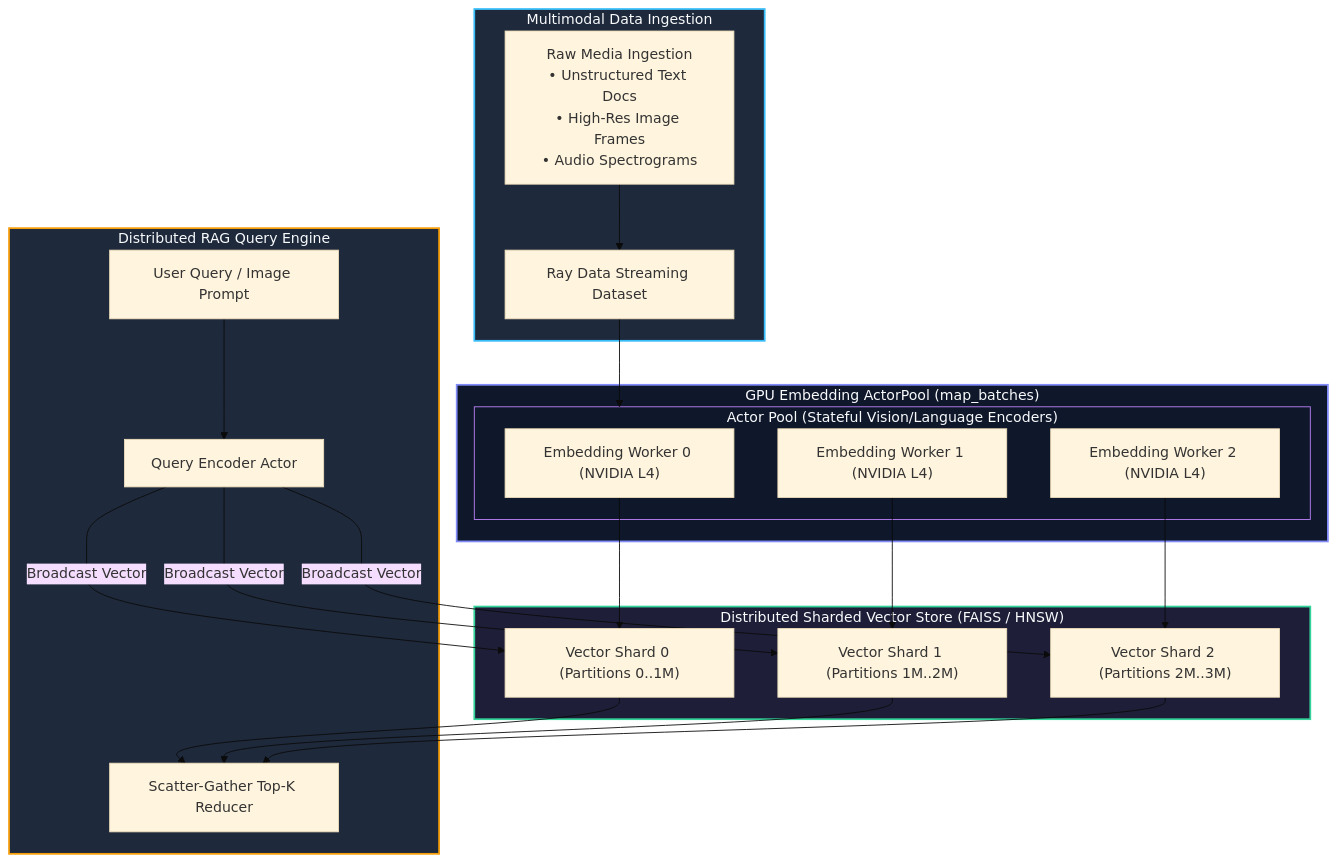
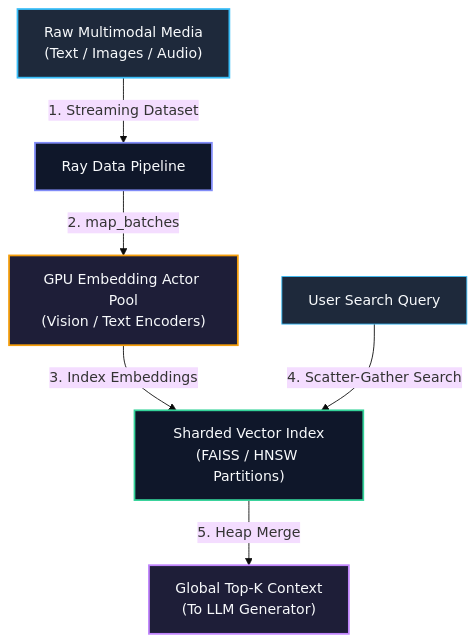
One commit to dnf0/raylings changed the diagram in docs/guides/17-multimodal-vectors.md. Above: the diagram before and after it, drawn with Mermaid (base theme). The commit also changed other lines of this file and 22 other files, not shown here.

Commit message:
docs: streamline mermaid diagrams and attach conceptual walkthroughs (#26)

````diff
--- a/docs/guides/17-multimodal-vectors.md
+++ b/docs/guides/17-multimodal-vectors.md
@@ -17,38 +17,15 @@
 ```mermaid
 flowchart TD
-    subgraph DataIngestion["Multimodal Data Ingestion"]
-        RawCorpus["Raw Media Ingestion<br/>• Unstructured Text Docs<br/>• High-Res Image Frames<br/>• Audio Spectrograms"] --> StreamingDS["Ray Data Streaming Dataset"]
-    end
+    Raw["Raw Multimodal Media<br/>(Text / Images / Audio)"] -->|"1. Streaming Dataset"| DS["Ray Data Pipeline"]
+    DS -->|"2. map_batches"| Pool["GPU Embedding Actor Pool<br/>(Vision / Text Encoders)"]
+    Pool -->|"3. Index Embeddings"| Shards["Sharded Vector Index<br/>(FAISS / HNSW Partitions)"]
+    Query["User Search Query"] -->|"4. Scatter-Gather Search"| Shards
+    Shards -->|"5. Heap Merge"| TopK["Global Top-K Context<br/>(To LLM Generator)"]
 
-    subgraph EmbeddingCluster["GPU Embedding ActorPool (map_batches)"]
-        subgraph WorkerPool["Actor Pool (Stateful Vision/Language Encoders)"]
-            A0["Embedding Worker 0 (NVIDIA L4)"]
-            A1["Embedding Worker 1 (NVIDIA L4)"]
-            A2["Embedding Worker 2 (NVIDIA L4)"]
-        end
-        StreamingDS --> WorkerPool
-    end
-
-    subgraph VectorIndex["Distributed Sharded Vector Store (FAISS / HNSW)"]
-        A0 --> Shard0["Vector Shard 0 (Partitions 0..1M)"]
-        A1 --> Shard1["Vector Shard 1 (Partitions 1M..2M)"]
-        A2 --> Shard2["Vector Shard 2 (Partitions 2M..3M)"]
-    end
-
-    subgraph QueryEngine["Distributed RAG Query Engine"]
-        UserQuery["User Query / Image Prompt"] --> QueryEncoder["Query Encoder Actor"]
-        QueryEncoder -->|"Broadcast Vector"| Shard0
-        QueryEncoder -->|"Broadcast Vector"| Shard1
-        QueryEncoder -->|"Broadcast Vector"| Shard2
-        
-        Shard0 --> TopK["Scatter-Gather Top-K Reducer"]
-        Shard1 --> TopK
-        Shard2 --> TopK
-    end
-
-    style DataIngestion fill:#1e293b,stroke:#38bdf8,stroke-width:2px,color:#f8fafc
-    style EmbeddingCluster fill:#0f172a,stroke:#818cf8,stroke-width:2px,color:#f8fafc
-    style VectorIndex fill:#1e1e38,stroke:#34d399,stroke-width:2px,color:#f8fafc
-    style QueryEngine fill:#1e293b,stroke:#f59e0b,stroke-width:2px,color:#f8fafc
-    style WorkerPool fill:#0f172a,stroke:#c084fc,stroke-width:1px,color:#f8fafc
+    style Raw fill:#1e293b,stroke:#38bdf8,stroke-width:2px,color:#f8fafc
+    style DS fill:#0f172a,stroke:#818cf8,stroke-width:2px,color:#f8fafc
+    style Pool fill:#1e1e38,stroke:#f59e0b,stroke-width:2px,color:#f8fafc
+    style Shards fill:#0f172a,stroke:#34d399,stroke-width:2px,color:#f8fafc
+    style Query fill:#1e293b,stroke:#38bdf8,stroke-width:1px,color:#f8fafc
+    style TopK fill:#1e1e38,stroke:#c084fc,stroke-width:2px,color:#f8fafc
 ```
````
